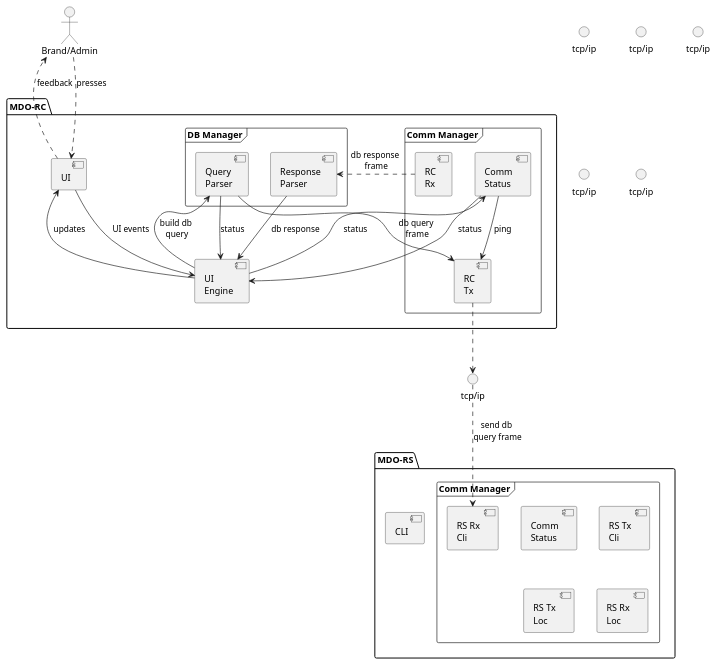
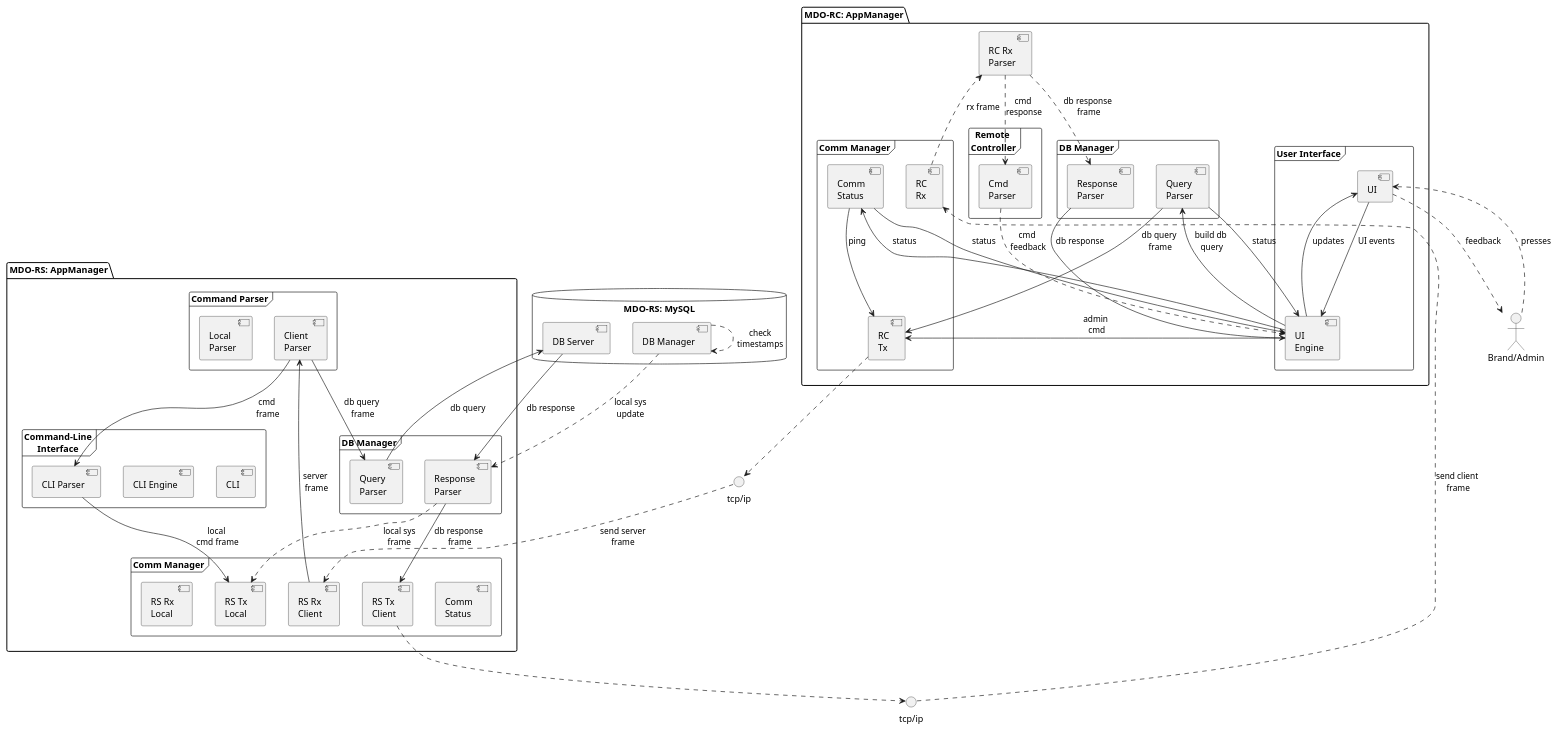
Diagram 29 of 42 in Proj/readme.org (ElectroQuanta/MDO), drawn with PlantUML before and after one commit. The commit also changed other lines of this file and 11 other files, not shown here.

Commit message:
ADD: DESIGN: SW arch - component diags

```diff
--- a/Proj/readme.org
+++ b/Proj/readme.org
@@ -1763,4 +1767,4 @@
-  #+BEGIN_SRC plantuml :file diags/plantuml/component-diag/output/component-diag.png
+  #+BEGIN_SRC plantuml :file diags/plantuml/component-diag/output/component-diag-full.png
 @startuml
 ''left to right direction
 skinparam fixCircleLabelOverlapping true
@@ -1796,10 +1800,13 @@
 '' participants definition
 actor "Brand/Admin" as User
 
-package "MDO-RC" {
+package "MDO-RC: AppManager" {
   ''HTTP - [UI]
-  [UI]
+  ''[  UI\n << Qt >>] as UI
+  frame "User Interface"{
+  [UI] as UI
   [UI \nEngine] as UIE
+  }
   frame "DB Manager" as DBM{
   [Query\nParser] as QP
   [Response\nParser] as RP
@@ -1809,50 +1816,88 @@
   [RC\nTx] as RCT
   [RC\nRx] as RCR
   }
+  [RC Rx\nParser] as RCRP
+  frame "Remote \nController" as REMCTL{
+  [Cmd \nParser] as RCCP
+  }
 }
 
-package "MDO-RS"{
+'' ----------- INTERACTIONS
+'' MDO-RC
+[User] ..> [UI]: presses
+[UI] ..> [User]: feedback
+[UI] --> [UIE]: UI events
+[UIE] --> [UI]: updates
+[UIE] --> [QP]: build db \nquery
+[UIE] --> [RCT]: admin\n cmd
+[UIE] --> [RCS]: status
+[RCS] --> [UIE]: status
+[RCS] --> [RCT]: ping
+[QP] --> [UIE]: status
+[QP] --> [RCT]: db query \nframe
+[RCR] ..> [RCRP]: rx frame
+[RCRP] ..> [RP]: db response \nframe
+[RCRP] ..> [RCCP]: cmd \nresponse
+[RCCP] ..> [UIE]: cmd \nfeedback
+[RP] --> [UIE]: db response
+
+package "MDO-RS: AppManager"{
   ''HTTP - [UI]
-  [CLI]
-  ''[UI Engine] as UIE
-  ''[Parser]
-  ''[DB Manager] as DBM
-  ''[Comm Manager] as CM
+  frame "Command-Line\nInterface"{
+  [CLI] as CLI
+  [CLI Engine] as CLIE
+  [CLI Parser] as CLIP
+  }
+  frame "Command Parser"{
+  [Client\nParser] as RSCP
+  [Local \nParser] as RSLP
+  }
+  frame "DB Manager" as RSDBM{
+  [Query\nParser] as RSQP
+  [Response\nParser] as RSRP
+  }
   frame "Comm Manager" as CMS{
   [Comm \nStatus] as RSS
-  [RS Tx \nCli] as RSTC
-  [RS Rx \nCli] as RSRC
-  [RS Tx \nLoc] as RSTL
-  [RS Rx \nLoc] as RSRL
+  [RS Tx \nClient] as RSTC
+  [RS Rx \nClient] as RSRC
+  [RS Tx \nLocal] as RSTL
+  [RS Rx \nLocal] as RSRL
   }
+}
+
+database "MDO-RS: MySQL"{
+  [DB Server] as DBS
+  [DB Manager] as RSDBM2
 }
 '' ------------------------------
 
 '' ----------- INTERFACES
 () "tcp/ip" as sockRC_RS
 () "tcp/ip" as sockRS_RC
-() "tcp/ip" as sockRS_L
-() "tcp/ip" as sockL_RS
-() "tcp/ip" as sockL_Twitter
-() "tcp/ip" as sockL_Transfer_sh
 
-'' ----------- INTERACTIONS
-'' MDO-RC
-[User] ..> [UI]: presses
-[UI] .> [User]: feedback
-[UI] --> [UIE]: UI events
-[UIE] --> [UI]: updates
-[UIE] --> [QP]: build db \nquery
-[UIE] --> [RCS]: status
-[RCS] --> [UIE]: status
-[RCS] --> [RCT]: ping
-[QP] --> [UIE]: status
-[QP] --> [RCT]: db query \nframe
-[RCR] ..> [RP]: db response \nframe
-[RP] --> [UIE]: db response
 '' MDO-RS
+'' Client Connections
 [RCT] ..> sockRC_RS
-sockRC_RS ..> [RSRC]: send db \nquery frame
+sockRC_RS ..> [RSRC]: send server\nframe
+[RSTC] ..> sockRS_RC
+sockRS_RC ..> [RCR]: send client\n frame
+'' Internal logic
+[RSRC] --> [RSCP]: server\n frame
+[RSCP] --> [RSQP]: db query\n frame
+[RSCP] --> [CLIP]: cmd\n frame
+[CLIP] --> [RSTL]: local \ncmd frame
+[RSQP] --> [DBS]: db query
+[DBS] --> [RSRP]: db response
+[RSRP] --> [RSTC]: db response\n frame
+[RSDBM2] ..> [RSDBM2]: check\ntimestamps
+[RSDBM2] ..> [RSRP]: local sys\nupdate
+[RSRP] ..> [RSTL]: local sys\nframe 
+
+'' ----------- INTERFACES
+'' () "tcp/ip" as sockRS_L
+'' () "tcp/ip" as sockL_RS
+'' () "tcp/ip" as sockL_Twitter
+'' () "tcp/ip" as sockL_Transfer_sh
 
 @enduml
   #+END_SRC
```
